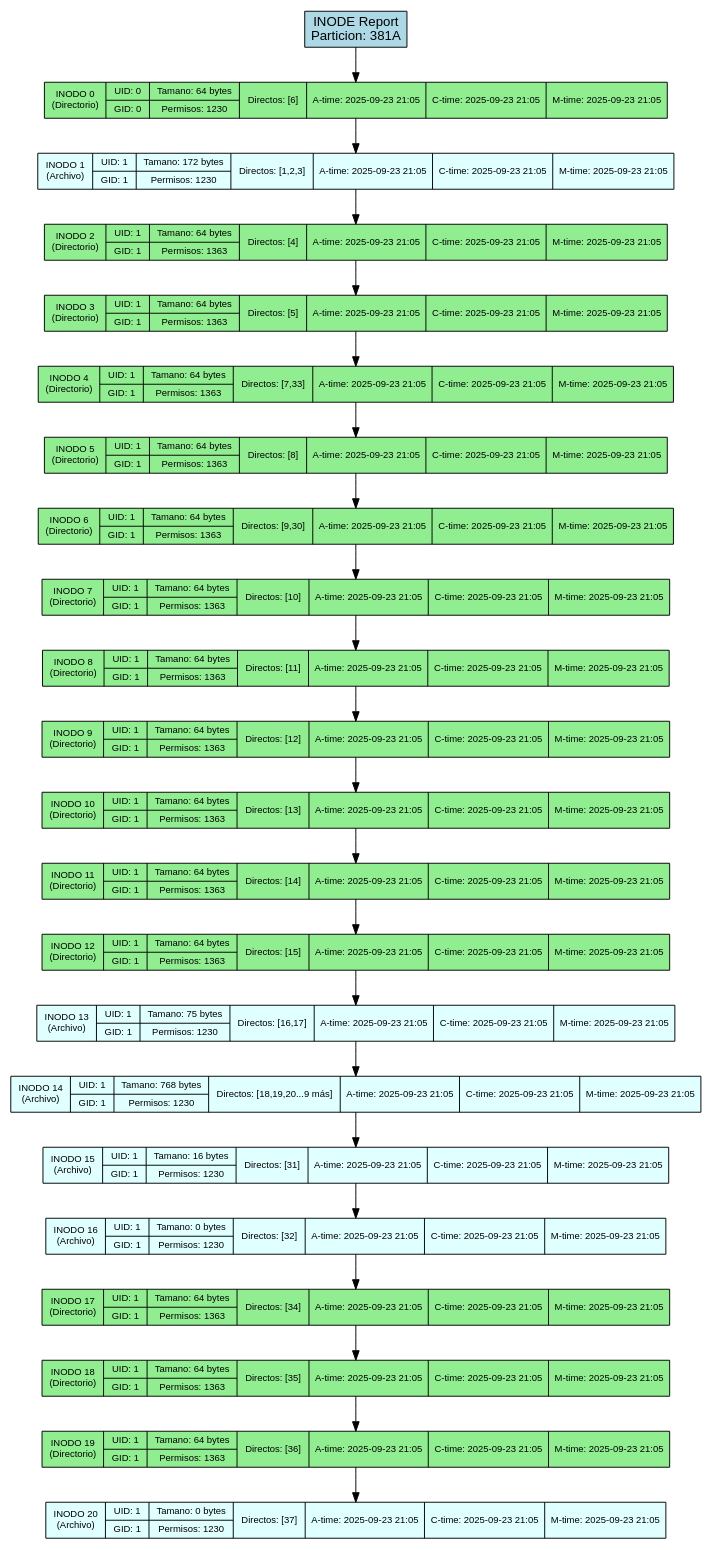
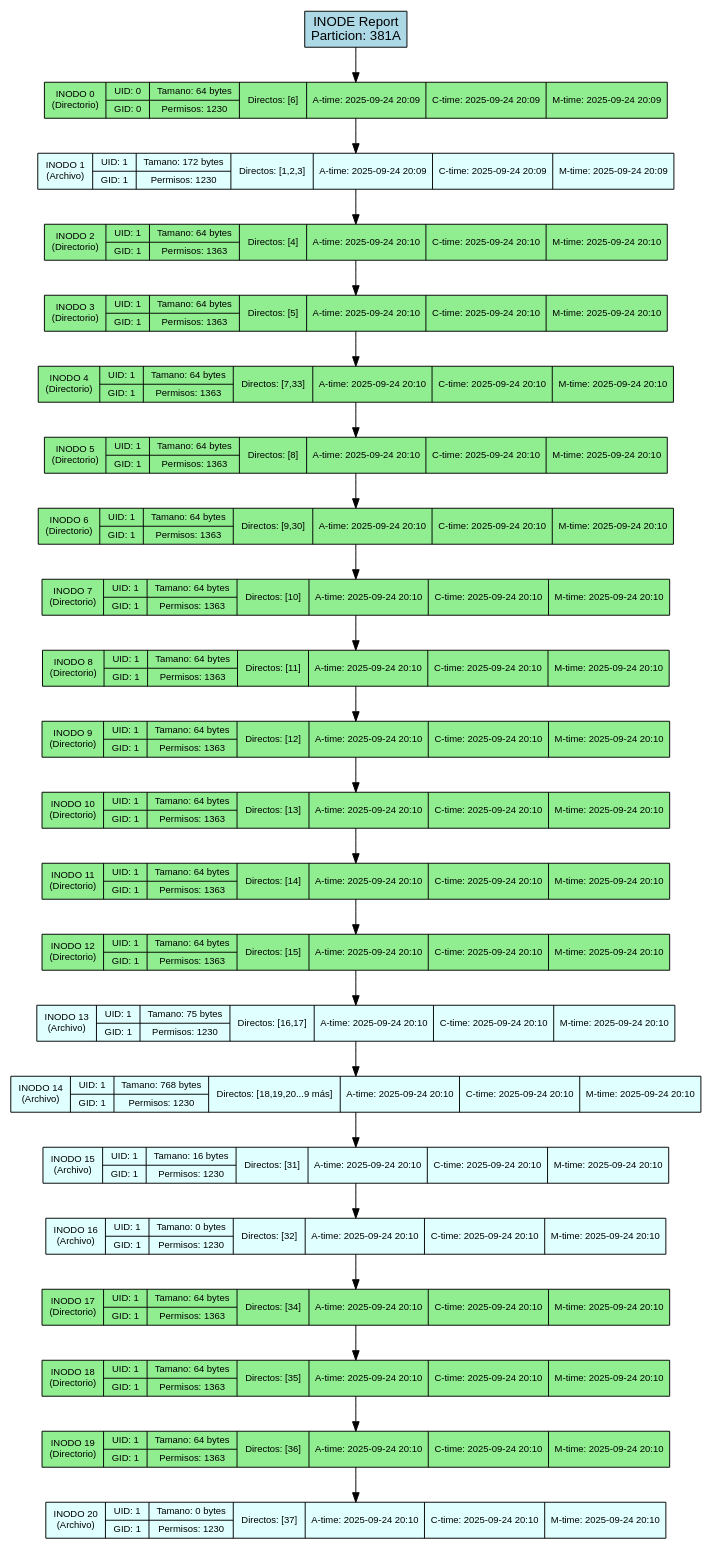
The diagram in backend/provider/reports/src/inode_381A.dot (DiegVas/MIA_2S2025_P2_202300638), drawn with Graphviz before and after one commit. The commit also changed 17 other files, not shown here.

```diff
--- a/backend/provider/reports/src/inode_381A.dot
+++ b/backend/provider/reports/src/inode_381A.dot
@@ -1,54 +1,54 @@
 digraph Inode_Report {
     rankdir=TB;
     node [shape=record, style=filled];
     graph [fontname="Arial", fontsize=12];
     node [fontname="Arial", fontsize=10];
     edge [fontname="Arial"];
 
     title [label="INODE Report\nParticion: 381A", fillcolor=lightblue, fontsize=14];
 
-    inode_0 [label="INODO 0\n(Directorio)|{UID: 0 | GID: 0}|{Tamano: 64 bytes | Permisos: 1230}|{Directos: [6]}|{A-time: 2025-09-23 21:05}|{C-time: 2025-09-23 21:05}|{M-time: 2025-09-23 21:05}", fillcolor=lightgreen];
-    inode_1 [label="INODO 1\n(Archivo)|{UID: 1 | GID: 1}|{Tamano: 172 bytes | Permisos: 1230}|{Directos: [1,2,3]}|{A-time: 2025-09-23 21:05}|{C-time: 2025-09-23 21:05}|{M-time: 2025-09-23 21:05}", fillcolor=lightcyan];
-    inode_2 [label="INODO 2\n(Directorio)|{UID: 1 | GID: 1}|{Tamano: 64 bytes | Permisos: 1363}|{Directos: [4]}|{A-time: 2025-09-23 21:05}|{C-time: 2025-09-23 21:05}|{M-time: 2025-09-23 21:05}", fillcolor=lightgreen];
-    inode_3 [label="INODO 3\n(Directorio)|{UID: 1 | GID: 1}|{Tamano: 64 bytes | Permisos: 1363}|{Directos: [5]}|{A-time: 2025-09-23 21:05}|{C-time: 2025-09-23 21:05}|{M-time: 2025-09-23 21:05}", fillcolor=lightgreen];
-    inode_4 [label="INODO 4\n(Directorio)|{UID: 1 | GID: 1}|{Tamano: 64 bytes | Permisos: 1363}|{Directos: [7,33]}|{A-time: 2025-09-23 21:05}|{C-time: 2025-09-23 21:05}|{M-time: 2025-09-23 21:05}", fillcolor=lightgreen];
-    inode_5 [label="INODO 5\n(Directorio)|{UID: 1 | GID: 1}|{Tamano: 64 bytes | Permisos: 1363}|{Directos: [8]}|{A-time: 2025-09-23 21:05}|{C-time: 2025-09-23 21:05}|{M-time: 2025-09-23 21:05}", fillcolor=lightgreen];
-    inode_6 [label="INODO 6\n(Directorio)|{UID: 1 | GID: 1}|{Tamano: 64 bytes | Permisos: 1363}|{Directos: [9,30]}|{A-time: 2025-09-23 21:05}|{C-time: 2025-09-23 21:05}|{M-time: 2025-09-23 21:05}", fillcolor=lightgreen];
-    inode_7 [label="INODO 7\n(Directorio)|{UID: 1 | GID: 1}|{Tamano: 64 bytes | Permisos: 1363}|{Directos: [10]}|{A-time: 2025-09-23 21:05}|{C-time: 2025-09-23 21:05}|{M-time: 2025-09-23 21:05}", fillcolor=lightgreen];
-    inode_8 [label="INODO 8\n(Directorio)|{UID: 1 | GID: 1}|{Tamano: 64 bytes | Permisos: 1363}|{Directos: [11]}|{A-time: 2025-09-23 21:05}|{C-time: 2025-09-23 21:05}|{M-time: 2025-09-23 21:05}", fillcolor=lightgreen];
-    inode_9 [label="INODO 9\n(Directorio)|{UID: 1 | GID: 1}|{Tamano: 64 bytes | Permisos: 1363}|{Directos: [12]}|{A-time: 2025-09-23 21:05}|{C-time: 2025-09-23 21:05}|{M-time: 2025-09-23 21:05}", fillcolor=lightgreen];
-    inode_10 [label="INODO 10\n(Directorio)|{UID: 1 | GID: 1}|{Tamano: 64 bytes | Permisos: 1363}|{Directos: [13]}|{A-time: 2025-09-23 21:05}|{C-time: 2025-09-23 21:05}|{M-time: 2025-09-23 21:05}", fillcolor=lightgreen];
-    inode_11 [label="INODO 11\n(Directorio)|{UID: 1 | GID: 1}|{Tamano: 64 bytes | Permisos: 1363}|{Directos: [14]}|{A-time: 2025-09-23 21:05}|{C-time: 2025-09-23 21:05}|{M-time: 2025-09-23 21:05}", fillcolor=lightgreen];
-    inode_12 [label="INODO 12\n(Directorio)|{UID: 1 | GID: 1}|{Tamano: 64 bytes | Permisos: 1363}|{Directos: [15]}|{A-time: 2025-09-23 21:05}|{C-time: 2025-09-23 21:05}|{M-time: 2025-09-23 21:05}", fillcolor=lightgreen];
-    inode_13 [label="INODO 13\n(Archivo)|{UID: 1 | GID: 1}|{Tamano: 75 bytes | Permisos: 1230}|{Directos: [16,17]}|{A-time: 2025-09-23 21:05}|{C-time: 2025-09-23 21:05}|{M-time: 2025-09-23 21:05}", fillcolor=lightcyan];
-    inode_14 [label="INODO 14\n(Archivo)|{UID: 1 | GID: 1}|{Tamano: 768 bytes | Permisos: 1230}|{Directos: [18,19,20...9 más]}|{A-time: 2025-09-23 21:05}|{C-time: 2025-09-23 21:05}|{M-time: 2025-09-23 21:05}", fillcolor=lightcyan];
-    inode_15 [label="INODO 15\n(Archivo)|{UID: 1 | GID: 1}|{Tamano: 16 bytes | Permisos: 1230}|{Directos: [31]}|{A-time: 2025-09-23 21:05}|{C-time: 2025-09-23 21:05}|{M-time: 2025-09-23 21:05}", fillcolor=lightcyan];
-    inode_16 [label="INODO 16\n(Archivo)|{UID: 1 | GID: 1}|{Tamano: 0 bytes | Permisos: 1230}|{Directos: [32]}|{A-time: 2025-09-23 21:05}|{C-time: 2025-09-23 21:05}|{M-time: 2025-09-23 21:05}", fillcolor=lightcyan];
-    inode_17 [label="INODO 17\n(Directorio)|{UID: 1 | GID: 1}|{Tamano: 64 bytes | Permisos: 1363}|{Directos: [34]}|{A-time: 2025-09-23 21:05}|{C-time: 2025-09-23 21:05}|{M-time: 2025-09-23 21:05}", fillcolor=lightgreen];
-    inode_18 [label="INODO 18\n(Directorio)|{UID: 1 | GID: 1}|{Tamano: 64 bytes | Permisos: 1363}|{Directos: [35]}|{A-time: 2025-09-23 21:05}|{C-time: 2025-09-23 21:05}|{M-time: 2025-09-23 21:05}", fillcolor=lightgreen];
-    inode_19 [label="INODO 19\n(Directorio)|{UID: 1 | GID: 1}|{Tamano: 64 bytes | Permisos: 1363}|{Directos: [36]}|{A-time: 2025-09-23 21:05}|{C-time: 2025-09-23 21:05}|{M-time: 2025-09-23 21:05}", fillcolor=lightgreen];
-    inode_20 [label="INODO 20\n(Archivo)|{UID: 1 | GID: 1}|{Tamano: 0 bytes | Permisos: 1230}|{Directos: [37]}|{A-time: 2025-09-23 21:05}|{C-time: 2025-09-23 21:05}|{M-time: 2025-09-23 21:05}", fillcolor=lightcyan];
+    inode_0 [label="INODO 0\n(Directorio)|{UID: 0 | GID: 0}|{Tamano: 64 bytes | Permisos: 1230}|{Directos: [6]}|{A-time: 2025-09-24 20:09}|{C-time: 2025-09-24 20:09}|{M-time: 2025-09-24 20:09}", fillcolor=lightgreen];
+    inode_1 [label="INODO 1\n(Archivo)|{UID: 1 | GID: 1}|{Tamano: 172 bytes | Permisos: 1230}|{Directos: [1,2,3]}|{A-time: 2025-09-24 20:09}|{C-time: 2025-09-24 20:09}|{M-time: 2025-09-24 20:09}", fillcolor=lightcyan];
+    inode_2 [label="INODO 2\n(Directorio)|{UID: 1 | GID: 1}|{Tamano: 64 bytes | Permisos: 1363}|{Directos: [4]}|{A-time: 2025-09-24 20:10}|{C-time: 2025-09-24 20:10}|{M-time: 2025-09-24 20:10}", fillcolor=lightgreen];
+    inode_3 [label="INODO 3\n(Directorio)|{UID: 1 | GID: 1}|{Tamano: 64 bytes | Permisos: 1363}|{Directos: [5]}|{A-time: 2025-09-24 20:10}|{C-time: 2025-09-24 20:10}|{M-time: 2025-09-24 20:10}", fillcolor=lightgreen];
+    inode_4 [label="INODO 4\n(Directorio)|{UID: 1 | GID: 1}|{Tamano: 64 bytes | Permisos: 1363}|{Directos: [7,33]}|{A-time: 2025-09-24 20:10}|{C-time: 2025-09-24 20:10}|{M-time: 2025-09-24 20:10}", fillcolor=lightgreen];
+    inode_5 [label="INODO 5\n(Directorio)|{UID: 1 | GID: 1}|{Tamano: 64 bytes | Permisos: 1363}|{Directos: [8]}|{A-time: 2025-09-24 20:10}|{C-time: 2025-09-24 20:10}|{M-time: 2025-09-24 20:10}", fillcolor=lightgreen];
+    inode_6 [label="INODO 6\n(Directorio)|{UID: 1 | GID: 1}|{Tamano: 64 bytes | Permisos: 1363}|{Directos: [9,30]}|{A-time: 2025-09-24 20:10}|{C-time: 2025-09-24 20:10}|{M-time: 2025-09-24 20:10}", fillcolor=lightgreen];
+    inode_7 [label="INODO 7\n(Directorio)|{UID: 1 | GID: 1}|{Tamano: 64 bytes | Permisos: 1363}|{Directos: [10]}|{A-time: 2025-09-24 20:10}|{C-time: 2025-09-24 20:10}|{M-time: 2025-09-24 20:10}", fillcolor=lightgreen];
+    inode_8 [label="INODO 8\n(Directorio)|{UID: 1 | GID: 1}|{Tamano: 64 bytes | Permisos: 1363}|{Directos: [11]}|{A-time: 2025-09-24 20:10}|{C-time: 2025-09-24 20:10}|{M-time: 2025-09-24 20:10}", fillcolor=lightgreen];
+    inode_9 [label="INODO 9\n(Directorio)|{UID: 1 | GID: 1}|{Tamano: 64 bytes | Permisos: 1363}|{Directos: [12]}|{A-time: 2025-09-24 20:10}|{C-time: 2025-09-24 20:10}|{M-time: 2025-09-24 20:10}", fillcolor=lightgreen];
+    inode_10 [label="INODO 10\n(Directorio)|{UID: 1 | GID: 1}|{Tamano: 64 bytes | Permisos: 1363}|{Directos: [13]}|{A-time: 2025-09-24 20:10}|{C-time: 2025-09-24 20:10}|{M-time: 2025-09-24 20:10}", fillcolor=lightgreen];
+    inode_11 [label="INODO 11\n(Directorio)|{UID: 1 | GID: 1}|{Tamano: 64 bytes | Permisos: 1363}|{Directos: [14]}|{A-time: 2025-09-24 20:10}|{C-time: 2025-09-24 20:10}|{M-time: 2025-09-24 20:10}", fillcolor=lightgreen];
+    inode_12 [label="INODO 12\n(Directorio)|{UID: 1 | GID: 1}|{Tamano: 64 bytes | Permisos: 1363}|{Directos: [15]}|{A-time: 2025-09-24 20:10}|{C-time: 2025-09-24 20:10}|{M-time: 2025-09-24 20:10}", fillcolor=lightgreen];
+    inode_13 [label="INODO 13\n(Archivo)|{UID: 1 | GID: 1}|{Tamano: 75 bytes | Permisos: 1230}|{Directos: [16,17]}|{A-time: 2025-09-24 20:10}|{C-time: 2025-09-24 20:10}|{M-time: 2025-09-24 20:10}", fillcolor=lightcyan];
+    inode_14 [label="INODO 14\n(Archivo)|{UID: 1 | GID: 1}|{Tamano: 768 bytes | Permisos: 1230}|{Directos: [18,19,20...9 más]}|{A-time: 2025-09-24 20:10}|{C-time: 2025-09-24 20:10}|{M-time: 2025-09-24 20:10}", fillcolor=lightcyan];
+    inode_15 [label="INODO 15\n(Archivo)|{UID: 1 | GID: 1}|{Tamano: 16 bytes | Permisos: 1230}|{Directos: [31]}|{A-time: 2025-09-24 20:10}|{C-time: 2025-09-24 20:10}|{M-time: 2025-09-24 20:10}", fillcolor=lightcyan];
+    inode_16 [label="INODO 16\n(Archivo)|{UID: 1 | GID: 1}|{Tamano: 0 bytes | Permisos: 1230}|{Directos: [32]}|{A-time: 2025-09-24 20:10}|{C-time: 2025-09-24 20:10}|{M-time: 2025-09-24 20:10}", fillcolor=lightcyan];
+    inode_17 [label="INODO 17\n(Directorio)|{UID: 1 | GID: 1}|{Tamano: 64 bytes | Permisos: 1363}|{Directos: [34]}|{A-time: 2025-09-24 20:10}|{C-time: 2025-09-24 20:10}|{M-time: 2025-09-24 20:10}", fillcolor=lightgreen];
+    inode_18 [label="INODO 18\n(Directorio)|{UID: 1 | GID: 1}|{Tamano: 64 bytes | Permisos: 1363}|{Directos: [35]}|{A-time: 2025-09-24 20:10}|{C-time: 2025-09-24 20:10}|{M-time: 2025-09-24 20:10}", fillcolor=lightgreen];
+    inode_19 [label="INODO 19\n(Directorio)|{UID: 1 | GID: 1}|{Tamano: 64 bytes | Permisos: 1363}|{Directos: [36]}|{A-time: 2025-09-24 20:10}|{C-time: 2025-09-24 20:10}|{M-time: 2025-09-24 20:10}", fillcolor=lightgreen];
+    inode_20 [label="INODO 20\n(Archivo)|{UID: 1 | GID: 1}|{Tamano: 0 bytes | Permisos: 1230}|{Directos: [37]}|{A-time: 2025-09-24 20:10}|{C-time: 2025-09-24 20:10}|{M-time: 2025-09-24 20:10}", fillcolor=lightcyan];
 
     // Conexiones de la lista enlazada
     title -> inode_0;
     inode_0 -> inode_1;
     inode_1 -> inode_2;
     inode_2 -> inode_3;
     inode_3 -> inode_4;
     inode_4 -> inode_5;
     inode_5 -> inode_6;
     inode_6 -> inode_7;
     inode_7 -> inode_8;
     inode_8 -> inode_9;
     inode_9 -> inode_10;
     inode_10 -> inode_11;
     inode_11 -> inode_12;
     inode_12 -> inode_13;
     inode_13 -> inode_14;
     inode_14 -> inode_15;
     inode_15 -> inode_16;
     inode_16 -> inode_17;
     inode_17 -> inode_18;
     inode_18 -> inode_19;
     inode_19 -> inode_20;
 }
```
